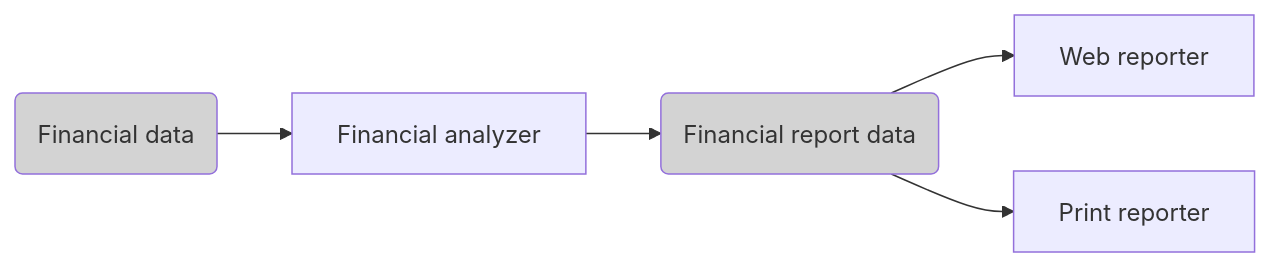
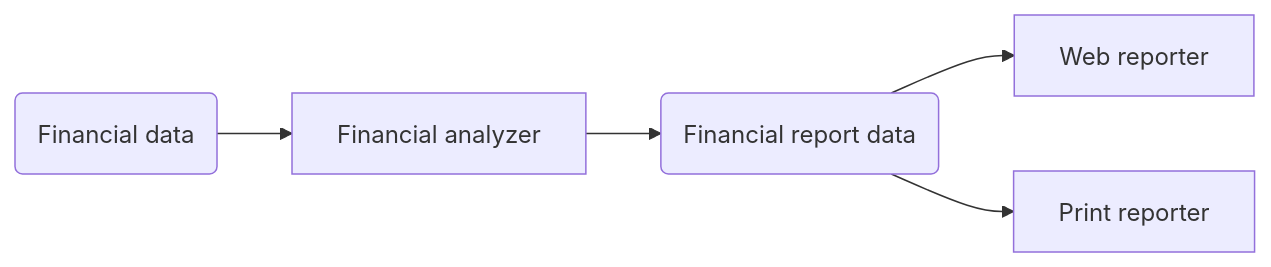
Before and after one commit to aleksandr-kiliushin/learning: the first of 6 diagrams in summaries/clean-architecture/index.md, drawn with Mermaid.

Commit message:
clean architecture: Edit CHAPTER 16: Remove classDef from mermaid

````diff
--- a/summaries/clean-architecture/index.md
+++ b/summaries/clean-architecture/index.md
@@ -364,14 +364,12 @@
 ```mermaid
 graph LR
-  financialData(Financial data):::dataStructure
+  financialData(Financial data)
   financialAnalyzer[Financial analyzer]
-  financialReportData(Financial report data):::dataStructure
+  financialReportData(Financial report data)
   webReporter[Web reporter]
   printReporter[Print reporter]
 
   financialData-->financialAnalyzer-->financialReportData
   financialReportData-->webReporter
   financialReportData-->printReporter
-
-  classDef dataStructure fill:lightgray;
 ```
````
